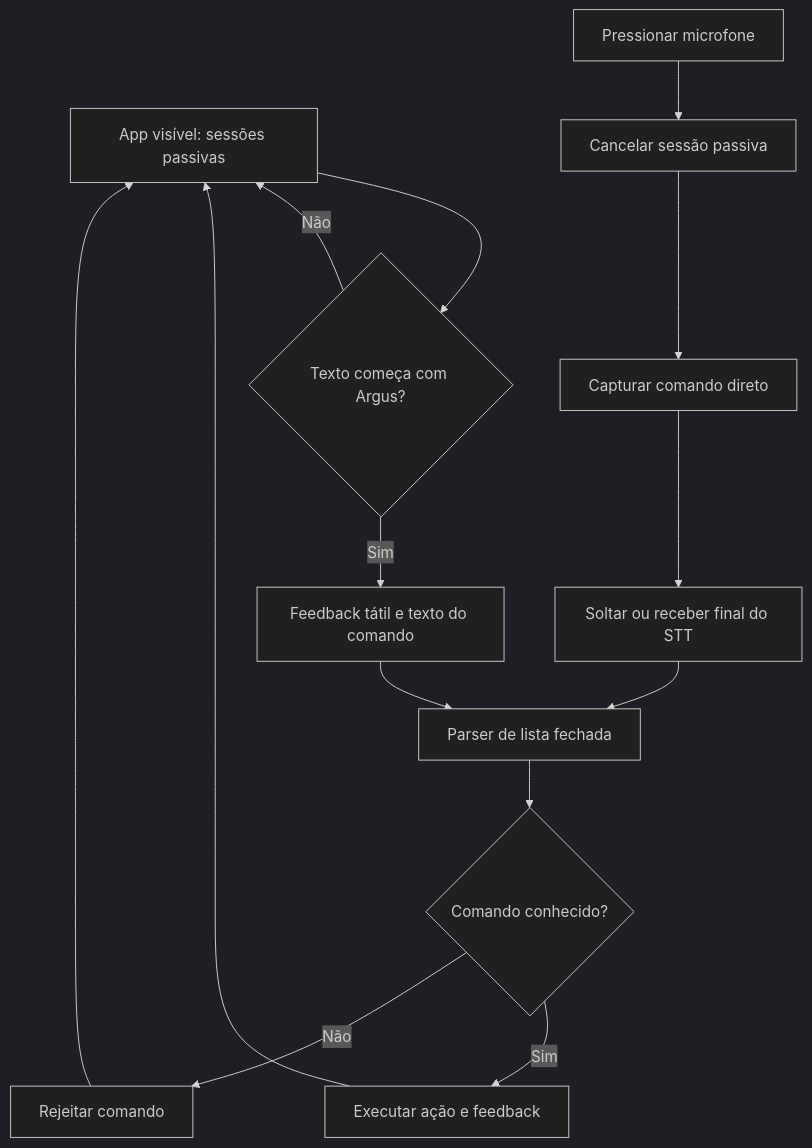
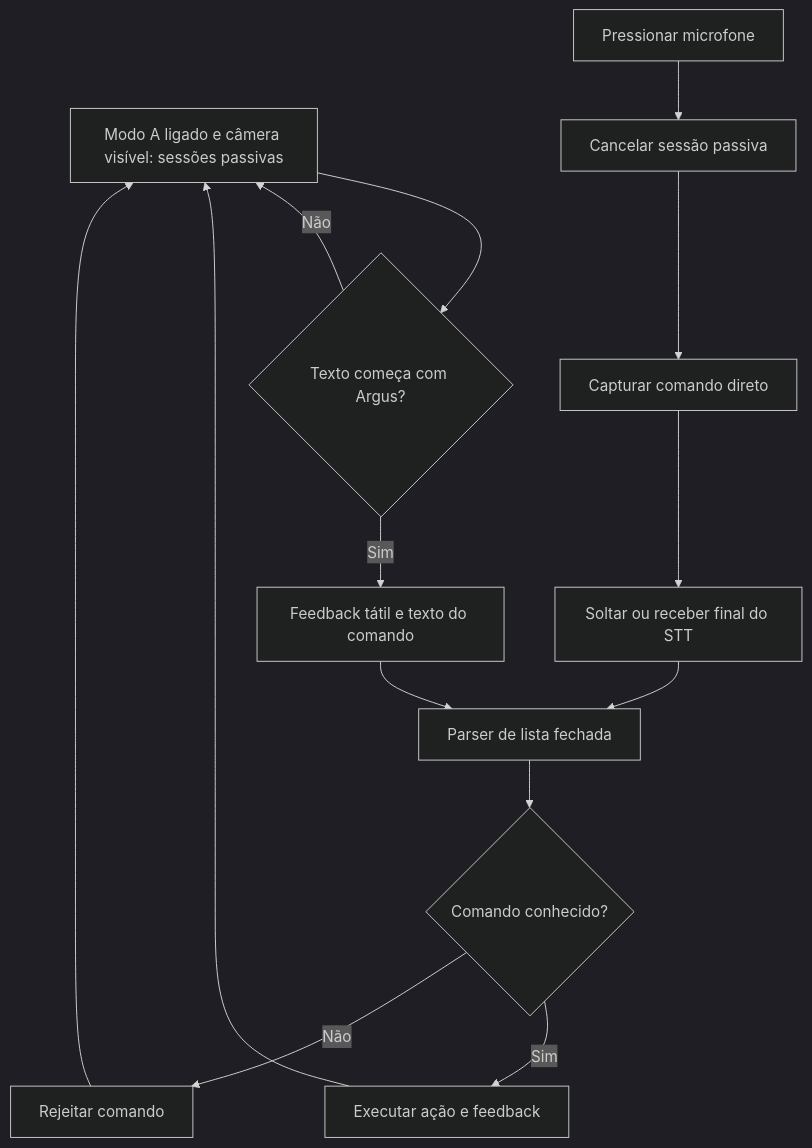
One commit to SantLuiz/Argus changed the diagram in docs/11_VOZ_ACESSIBILIDADE_MOBILE.md. Above: the diagram before and after it, drawn with Mermaid (dark theme). The commit also changed other lines of this file and 33 other files, not shown here.

````diff
--- a/docs/11_VOZ_ACESSIBILIDADE_MOBILE.md
+++ b/docs/11_VOZ_ACESSIBILIDADE_MOBILE.md
@@ -7,16 +7,16 @@
 ```mermaid
 flowchart TD
-    A[App visível: sessões passivas] --> B{Texto começa com Argus?}
+    A[Modo A ligado e câmera visível: sessões passivas] --> B{Texto começa com Argus?}
     B -->|Não| A
     B -->|Sim| C[Feedback tátil e texto do comando]
     P[Pressionar microfone] --> Q[Cancelar sessão passiva]
     Q --> R[Capturar comando direto]
     R --> S[Soltar ou receber final do STT]
     C --> T[Parser de lista fechada]
     S --> T
     T --> U{Comando conhecido?}
     U -->|Sim| V[Executar ação e feedback]
     U -->|Não| W[Rejeitar comando]
     V --> A
     W --> A
 ```
````
